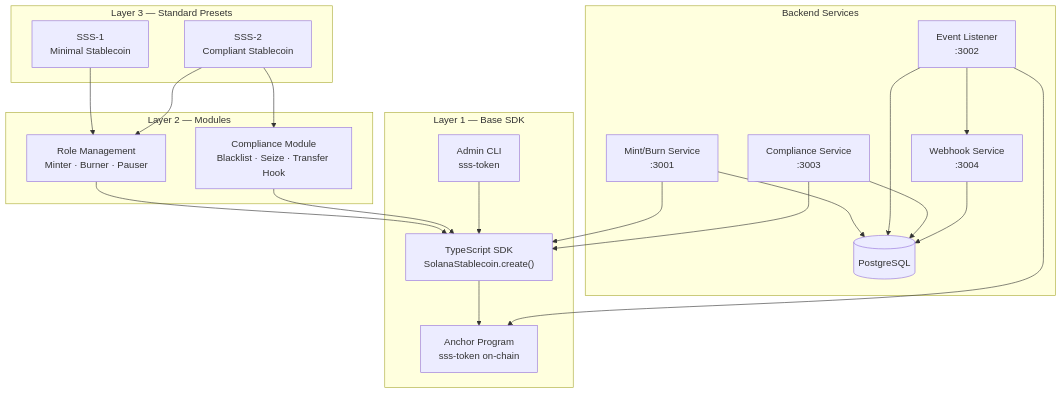
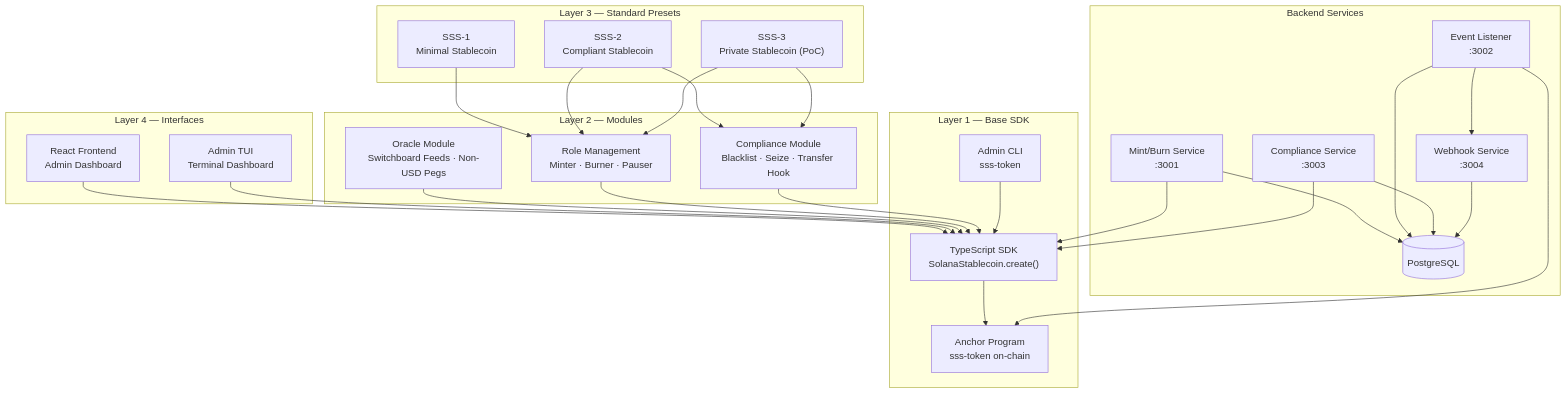
Before and after one commit to solanabr/solana-stablecoin-standard: the diagram in README.md, drawn with Mermaid. The commit also changed other lines of this file and 66 other files, not shown here.

````diff
--- a/README.md
+++ b/README.md
@@ -157,42 +158,54 @@
 ```mermaid
 graph TB
+    subgraph "Layer 4 — Interfaces"
+        FE["React Frontend<br/>Admin Dashboard"]
+        TUI["Admin TUI<br/>Terminal Dashboard"]
+    end
+
     subgraph "Layer 3 — Standard Presets"
         SSS1["SSS-1<br/>Minimal Stablecoin"]
         SSS2["SSS-2<br/>Compliant Stablecoin"]
+        SSS3["SSS-3<br/>Private Stablecoin (PoC)"]
     end
 
     subgraph "Layer 2 — Modules"
         COMP["Compliance Module<br/>Blacklist · Seize · Transfer Hook"]
         ROLES["Role Management<br/>Minter · Burner · Pauser"]
+        ORACLE["Oracle Module<br/>Switchboard Feeds · Non-USD Pegs"]
     end
 
     subgraph "Layer 1 — Base SDK"
         SDK["TypeScript SDK<br/>SolanaStablecoin.create()"]
         CLI["Admin CLI<br/>sss-token"]
         PROG["Anchor Program<br/>sss-token on-chain"]
     end
 
     subgraph "Backend Services"
         MB["Mint/Burn Service<br/>:3001"]
         EL["Event Listener<br/>:3002"]
         CS["Compliance Service<br/>:3003"]
         WH["Webhook Service<br/>:3004"]
         DB[(PostgreSQL)]
     end
 
+    FE --> SDK
+    TUI --> SDK
     SSS1 --> ROLES
     SSS2 --> ROLES
     SSS2 --> COMP
+    SSS3 --> COMP
+    SSS3 --> ROLES
+    ORACLE --> SDK
     ROLES --> SDK
     COMP --> SDK
     SDK --> PROG
     CLI --> SDK
     MB --> SDK
     CS --> SDK
     EL --> PROG
     EL --> WH
     MB --> DB
     EL --> DB
     CS --> DB
     WH --> DB
 ```
````
